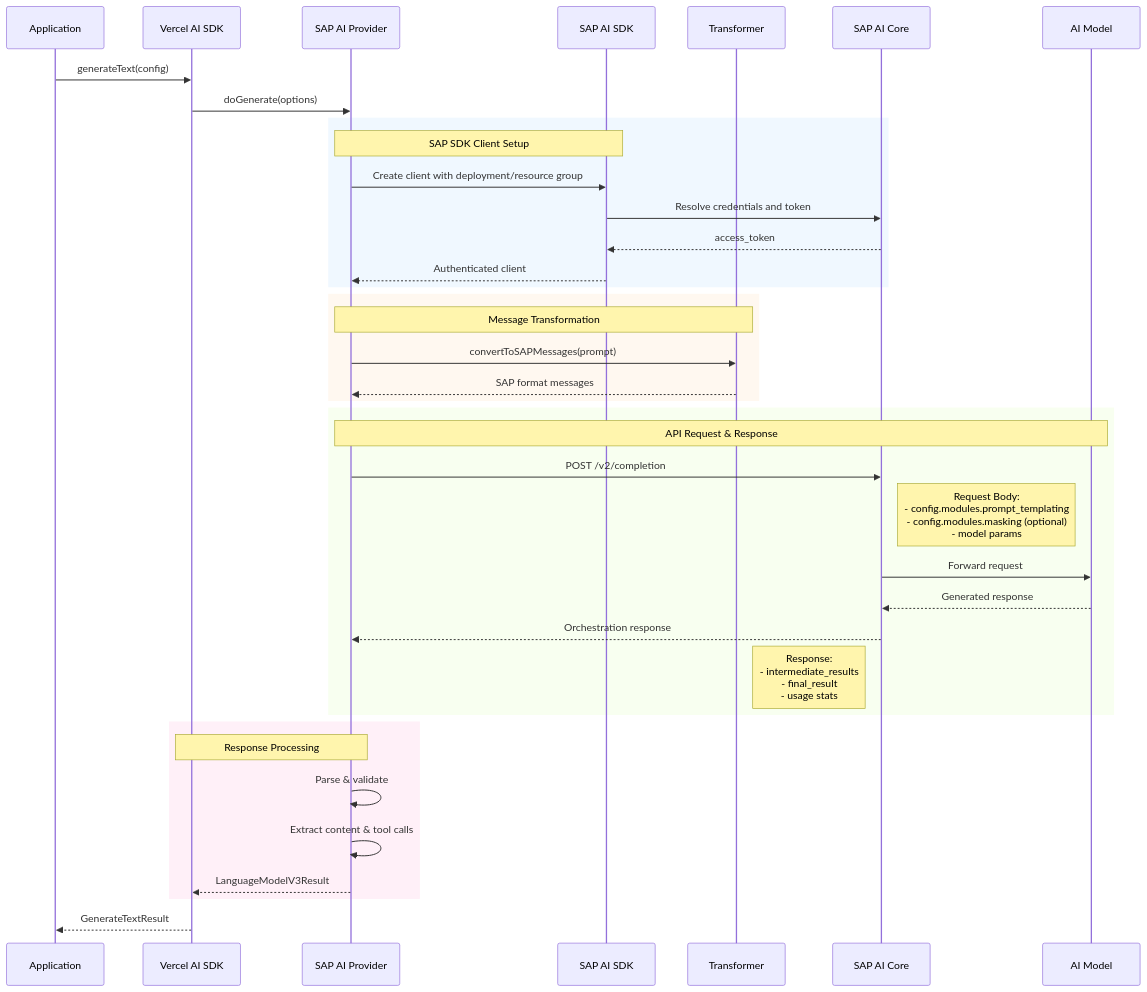
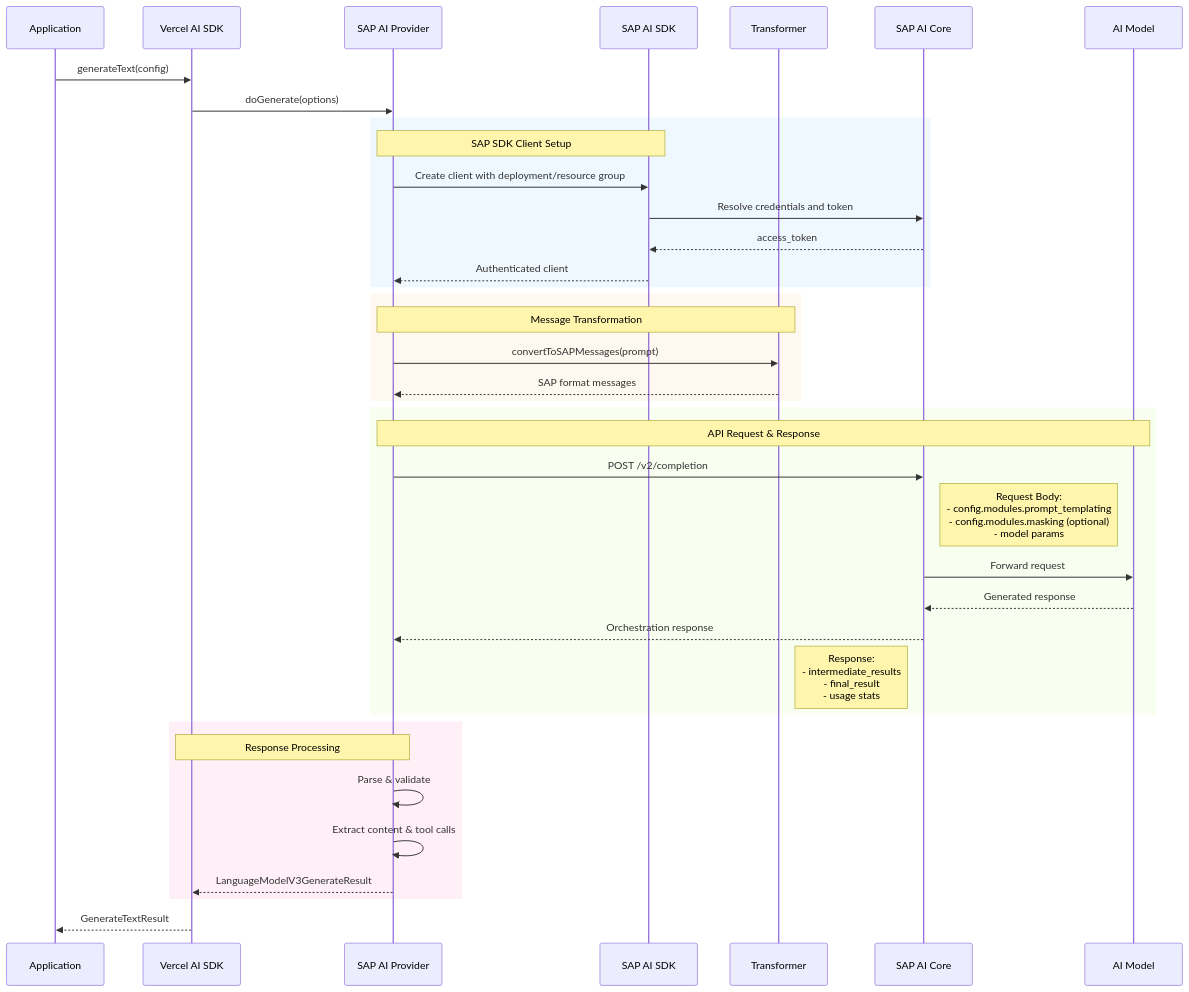
The second of 11 diagrams in ARCHITECTURE.md (jerome-benoit/sap-ai-provider), drawn with Mermaid before and after one commit. The commit also changed other lines of this file and 24 other files, not shown here.

````diff
--- a/ARCHITECTURE.md
+++ b/ARCHITECTURE.md
@@ -162,46 +163,46 @@
 ```mermaid
 sequenceDiagram
     participant App as Application
     participant SDK as Vercel AI SDK
     participant Prov as SAP AI Provider
     participant SAPSDK as SAP AI SDK
     participant Trans as Transformer
     participant SAP as SAP AI Core
     participant Model as AI Model
 
     App->>SDK: generateText(config)
     SDK->>Prov: doGenerate(options)
 
     rect rgb(240, 248, 255)
         Note over Prov,SAPSDK: SAP SDK Client Setup
         Prov->>SAPSDK: Create client with deployment/resource group
         SAPSDK->>SAP: Resolve credentials and token
         SAP-->>SAPSDK: access_token
         SAPSDK-->>Prov: Authenticated client
     end
 
     rect rgb(255, 248, 240)
         Note over Prov,Trans: Message Transformation
         Prov->>Trans: convertToSAPMessages(prompt)
         Trans-->>Prov: SAP format messages
     end
 
     rect rgb(248, 255, 240)
         Note over Prov,Model: API Request & Response
         Prov->>SAP: POST /v2/completion
         Note right of SAP: Request Body:<br/>- config.modules.prompt_templating<br/>- config.modules.masking (optional)<br/>- model params
         SAP->>Model: Forward request
         Model-->>SAP: Generated response
         SAP-->>Prov: Orchestration response
         Note left of SAP: Response:<br/>- intermediate_results<br/>- final_result<br/>- usage stats
     end
 
     rect rgb(255, 240, 248)
         Note over Prov,SDK: Response Processing
         Prov->>Prov: Parse & validate
         Prov->>Prov: Extract content & tool calls
-        Prov-->>SDK: LanguageModelV3Result
+        Prov-->>SDK: LanguageModelV3GenerateResult
     end
 
     SDK-->>App: GenerateTextResult
 ```
````
